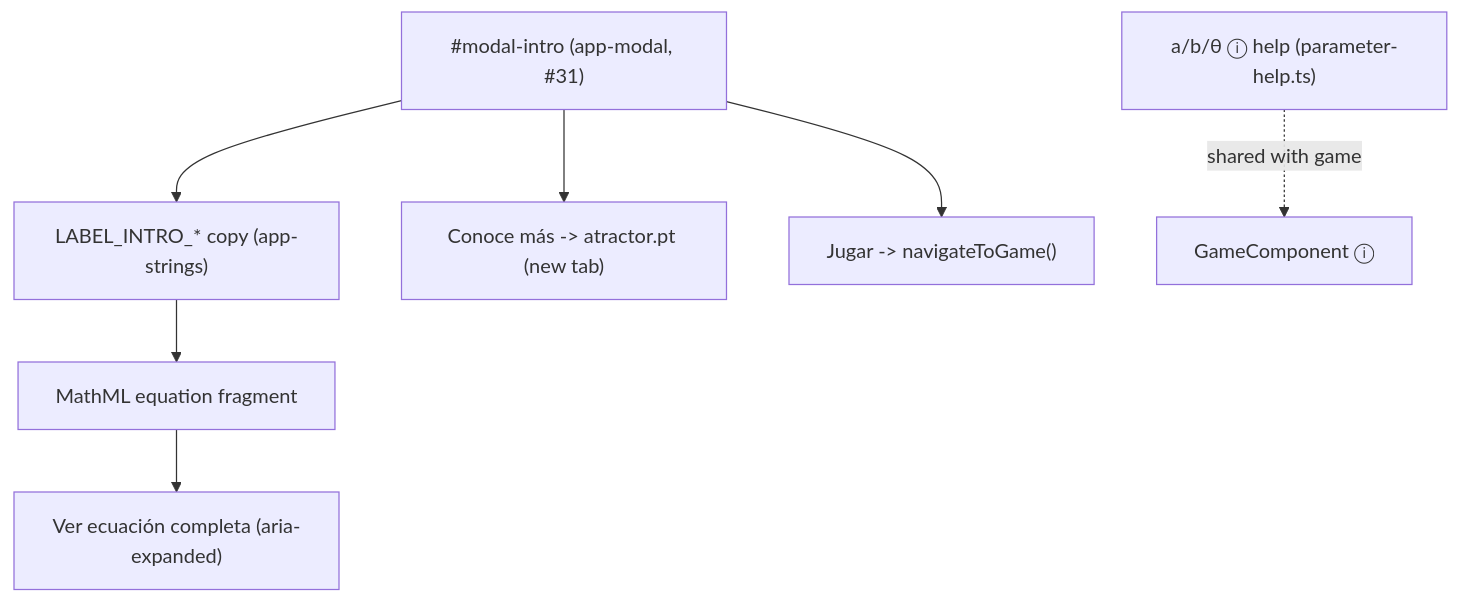
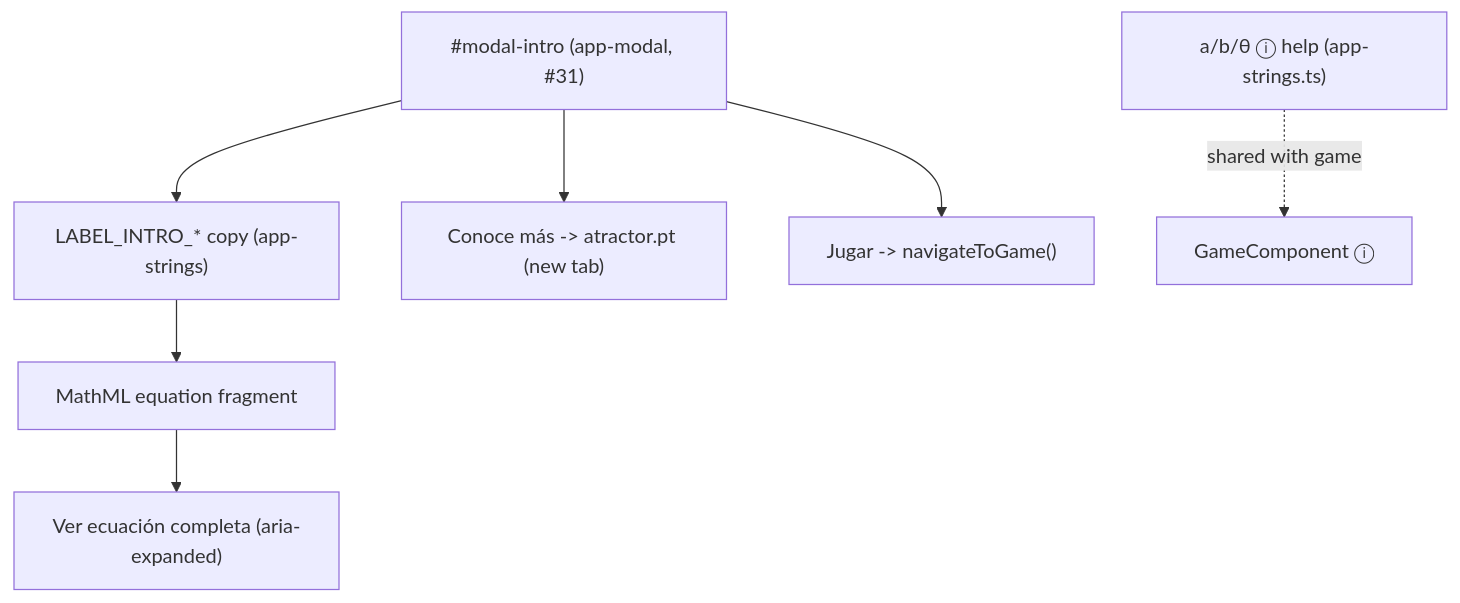
The diagram in specs/003-to_infinity_and_the_equation/spec.md (C3Idea/shell-generator), drawn with Mermaid before and after one commit. The commit also changed other lines of this file and 3 other files, not shown here.

````diff
--- a/specs/003-to_infinity_and_the_equation/spec.md
+++ b/specs/003-to_infinity_and_the_equation/spec.md
@@ -150,14 +162,14 @@
 ```mermaid
 flowchart TD
   intro["#modal-intro (app-modal, #31)"]
   copy["LABEL_INTRO_* copy (app-strings)"]
   eq["MathML equation fragment"]
   exp["Ver ecuación completa (aria-expanded)"]
   link["Conoce más -> atractor.pt (new tab)"]
   jugar["Jugar -> navigateToGame()"]
-  help["a/b/θ ⓘ help (parameter-help.ts)"]
+  help["a/b/θ ⓘ help (app-strings.ts)"]
   intro --> copy --> eq --> exp
   intro --> link
   intro --> jugar
   help -. shared with game .-> game["GameComponent ⓘ"]
 ```
````
